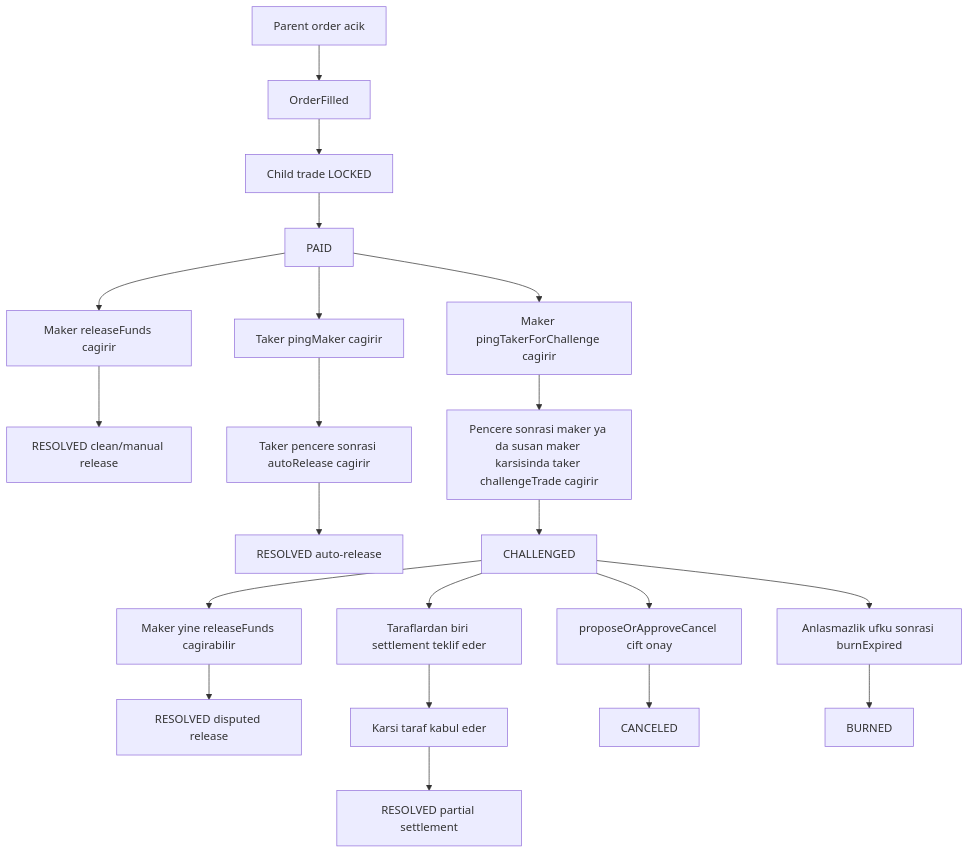
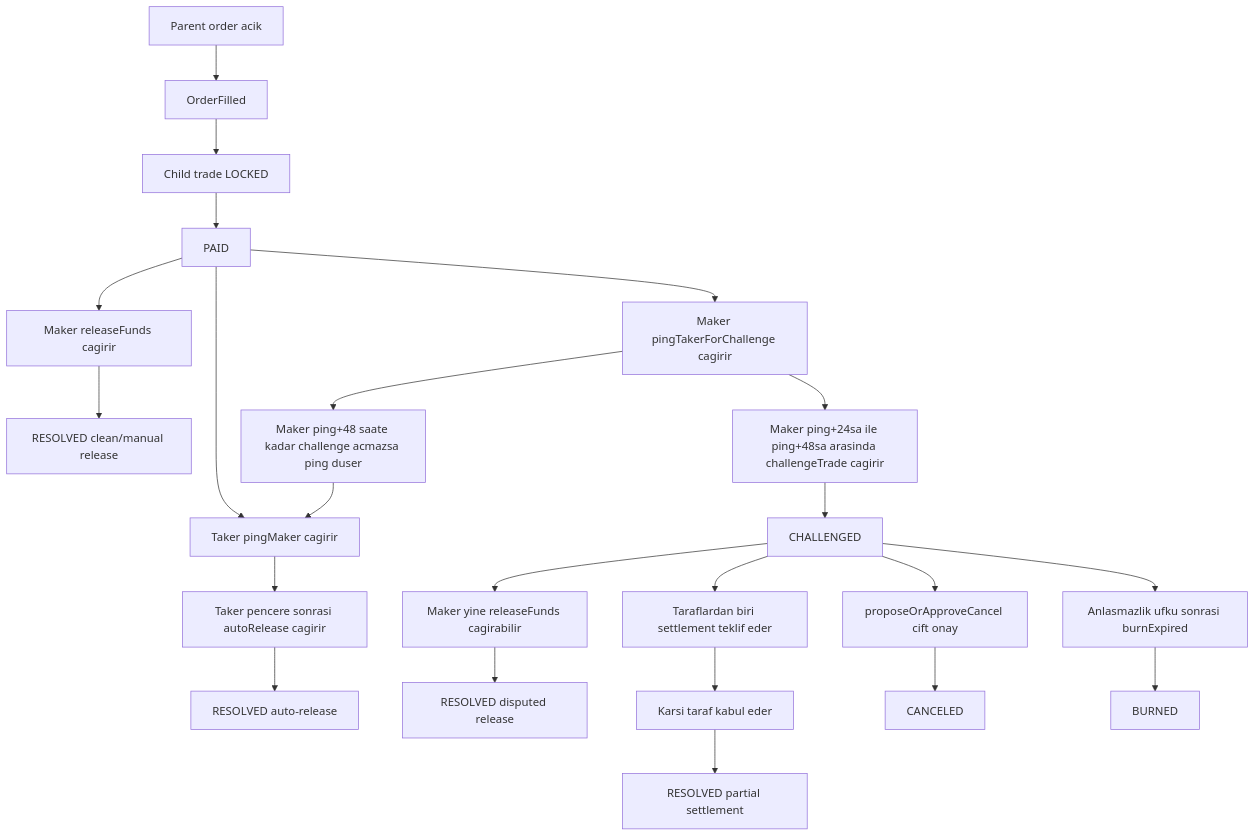
The first of 2 diagrams in docs/TR/GAME_THEORY.md (MyDemir/Araf-Protocol), drawn with Mermaid before and after one commit. The commit also changed other lines of this file and 3 other files, not shown here.

First line of the commit message:
docs: K2(B) ping düşer — ping zaman çizelgesi, senaryo tablosu; taker-challenge metinleri kaldırıldı (TR/EN)

````diff
--- a/docs/TR/GAME_THEORY.md
+++ b/docs/TR/GAME_THEORY.md
@@ -32,30 +32,32 @@
 ```mermaid
 flowchart TD
     parent_order[Parent order acik] --> fill_event[OrderFilled]
     fill_event --> child_trade[Child trade LOCKED]
     child_trade --> paid_state[PAID]
 
     paid_state --> release_call[Maker releaseFunds cagirir]
     release_call --> resolved_normal[RESOLVED clean/manual release]
 
     paid_state --> ping_maker[Taker pingMaker cagirir]
     ping_maker --> auto_release[Taker pencere sonrasi autoRelease cagirir]
     auto_release --> resolved_penalty[RESOLVED auto-release]
 
     paid_state --> ping_taker[Maker pingTakerForChallenge cagirir]
-    ping_taker --> challenge_call[Pencere sonrasi maker ya da susan maker karsisinda taker challengeTrade cagirir]
+    ping_taker --> challenge_call[Maker ping+24sa ile ping+48sa arasinda challengeTrade cagirir]
+    ping_taker --> ping_lapsed[Maker ping+48 saate kadar challenge acmazsa ping duser]
+    ping_lapsed --> ping_maker
     challenge_call --> challenged_state[CHALLENGED]
 
     challenged_state --> release_after_challenge[Maker yine releaseFunds cagirabilir]
     release_after_challenge --> disputed_release[RESOLVED disputed release]
 
     challenged_state --> split_offer[Taraflardan biri settlement teklif eder]
     split_offer --> split_accept[Karsi taraf kabul eder]
     split_accept --> split_resolved[RESOLVED partial settlement]
 
     challenged_state --> cancel_dual[proposeOrApproveCancel cift onay]
     cancel_dual --> canceled_state[CANCELED]
 
     challenged_state --> burn_call[Anlasmazlik ufku sonrasi burnExpired]
     burn_call --> burn_terminal[BURNED]
 ```
````
